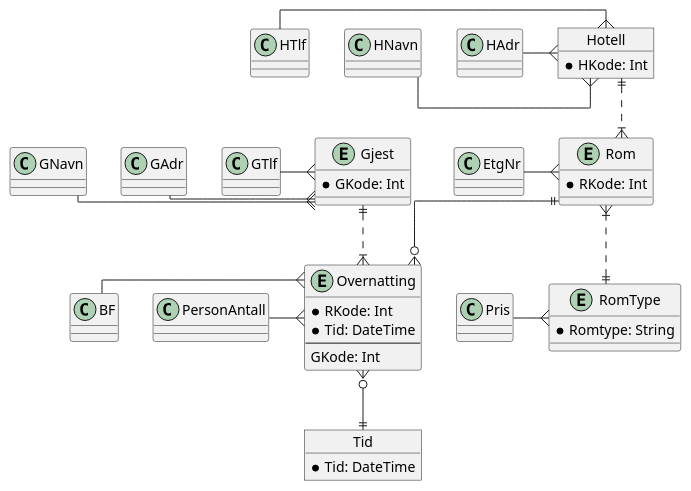
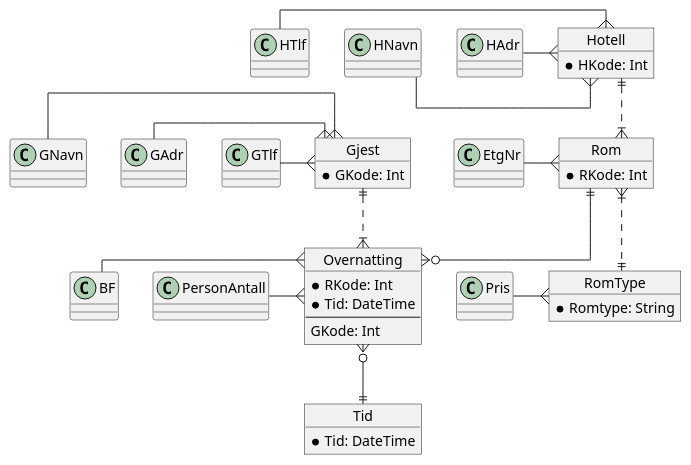
The third of 4 diagrams in 25V/IKT105 Datamodellering og Databaser/Jan/01.29 Datamodellering.md (Vatnar/UIAOBSIDIAN), drawn with PlantUML before and after one commit. The commit also changed other lines of this file, not shown here.

````diff
--- a/25V/IKT105 Datamodellering og Databaser/Jan/01.29 Datamodellering.md
+++ b/25V/IKT105 Datamodellering og Databaser/Jan/01.29 Datamodellering.md
@@ -70,51 +70,51 @@
 ```plantuml
 @startuml
 skinparam linetype ortho
 
 object Tid {
   *Tid: DateTime
 }
 
 object Hotell {
   *HKode: Int
 }
 
-entity Rom {
+object Rom {
   *RKode: Int
 }
 
-entity RomType {
+object RomType {
   *Romtype: String
 }
 
-entity Gjest {
+object Gjest {
   *GKode: Int
 }
 
-entity Overnatting {
+object Overnatting {
   *RKode: Int
   *Tid: DateTime
   --
   GKode: Int
 }
 
 Hotell ||..|{ Rom
 Rom ||--o{ Overnatting
 Overnatting }o--|| Tid
 Gjest ||..|{ Overnatting
 Rom }|..|| RomType
 
 HTlf -{ Hotell
 HNavn -{ Hotell
 HAdr -{ Hotell
 GNavn -{ Gjest
 GAdr -{ Gjest
 GTlf -{ Gjest
 Pris -{ RomType
 EtgNr -{ Rom
 PersonAntall -{ Overnatting
 BF -{ Overnatting
 
 @enduml
 
 ```
````
